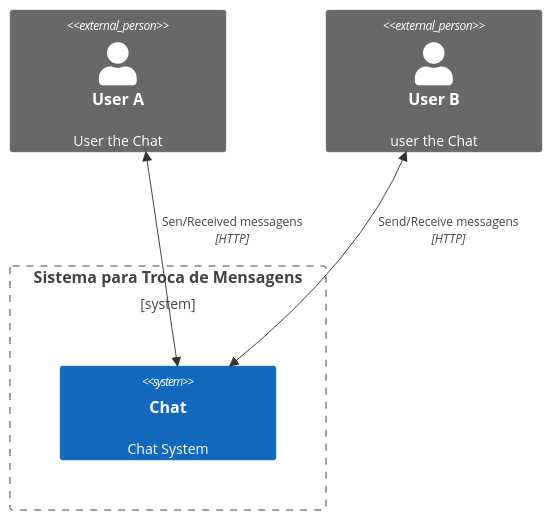
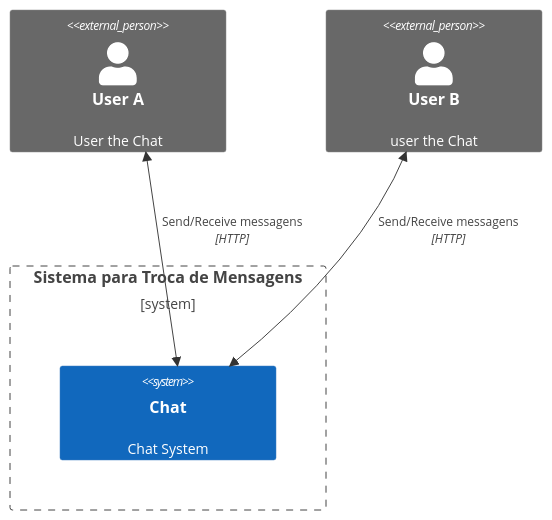
The second of 3 diagrams in README.md (jeziellins/chatDemo), drawn with Mermaid before and after one commit. The commit also changed other lines of this file, not shown here.

Commit message:
Ajuaste diagram

````diff
--- a/README.md
+++ b/README.md
@@ -38,15 +38,15 @@
 ```mermaid
     C4Context
       Person_Ext(customerA, "User A", "User the Chat")        
       Person_Ext(customerB, "User B", "user the Chat")
       Boundary(b0, "Sistema para Troca de Mensagens") {
         System(SystemA, "Chat", "Chat System")               
       }
 
-      BiRel(customerA, SystemA, "Sen/Received messagens", "HTTP")
+      BiRel(customerA, SystemA, "Send/Receive messagens", "HTTP")
       BiRel(customerB, SystemA, "Send/Receive messagens", "HTTP")
       UpdateRelStyle(customerA, SystemA, $offsetY="-40")
       UpdateRelStyle(customerB, SystemA, $offsetY="-40", $offsetX="60")      
 
       UpdateLayoutConfig($c4ShapeInRow="2", $c4BoundaryInRow="1")
 ```
````
